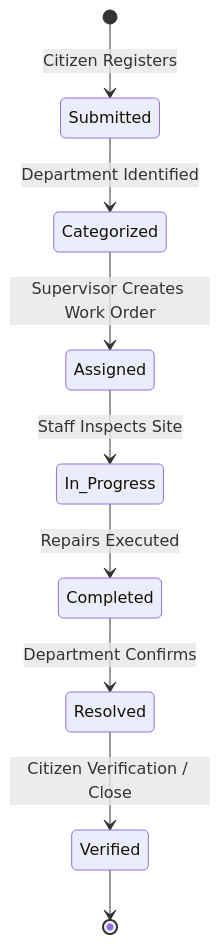
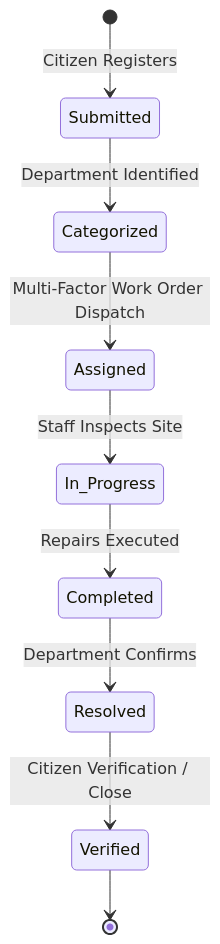
The diagram in docs/SRS.md (Arish026/municipal-complaint-system), drawn with Mermaid before and after one commit. The commit also changed other lines of this file and 16 other files, not shown here.

Commit message:
feat: complete backend integration, multi-factor dispatch engine, high-contrast UI, and comprehensive system documentation

````diff
--- a/docs/SRS.md
+++ b/docs/SRS.md
@@ -59,11 +67,11 @@
 ```mermaid
 stateDiagram-v2
     [*] --> Submitted : Citizen Registers
     Submitted --> Categorized : Department Identified
-    Categorized --> Assigned : Supervisor Creates Work Order
+    Categorized --> Assigned : Multi-Factor Work Order Dispatch
     Assigned --> In_Progress : Staff Inspects Site
     In_Progress --> Completed : Repairs Executed
     Completed --> Resolved : Department Confirms
     Resolved --> Verified : Citizen Verification / Close
     Verified --> [*]
 ```
````
